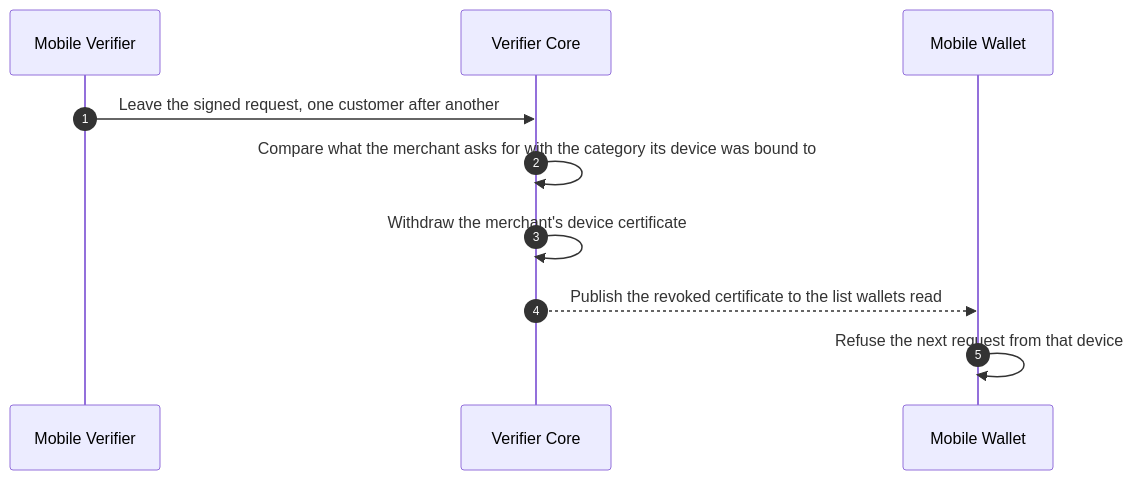
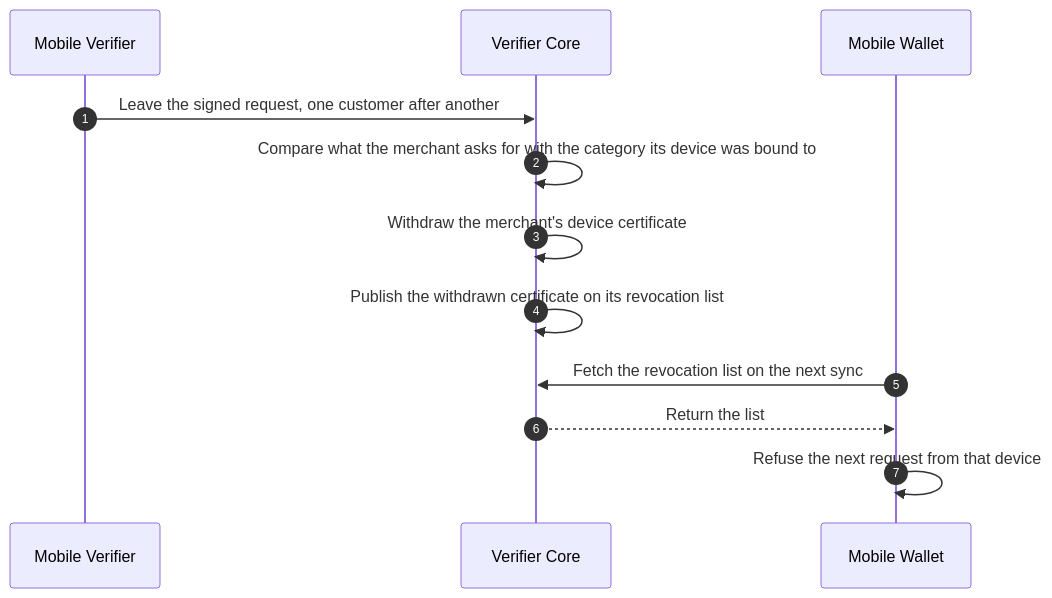
The third of 14 diagrams in docs/architecture-framework/high-level-architecture/flows-per-use-case.md (id-verifiable-credential-dev/id-doc-idctf), drawn with Mermaid before and after one commit. The commit also changed other lines of this file and 158 other files, not shown here.

````diff
--- a/docs/architecture-framework/high-level-architecture/flows-per-use-case.md
+++ b/docs/architecture-framework/high-level-architecture/flows-per-use-case.md
@@ -196,12 +196,14 @@
 ```mermaid
 sequenceDiagram
     autonumber
     participant MV as Mobile Verifier
     participant VC as Verifier Core
     participant MW as Mobile Wallet
     MV->>VC: Leave the signed request, one customer after another
     VC->>VC: Compare what the merchant asks for with the category its device was bound to
     VC->>VC: Withdraw the merchant's device certificate
-    VC-->>MW: Publish the revoked certificate to the list wallets read
+    VC->>VC: Publish the withdrawn certificate on its revocation list
+    MW->>VC: Fetch the revocation list on the next sync
+    VC-->>MW: Return the list
     MW->>MW: Refuse the next request from that device
 ```
````
